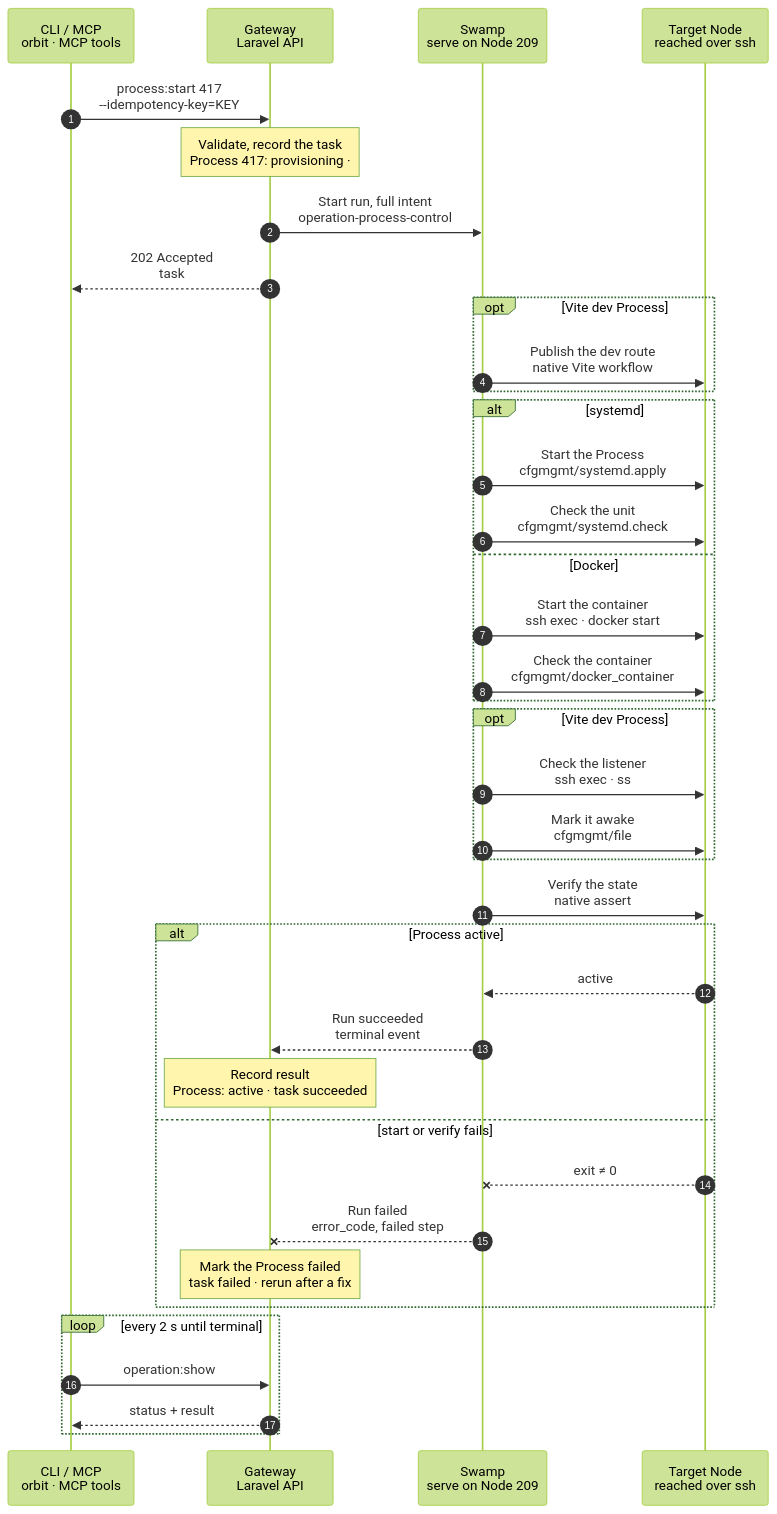
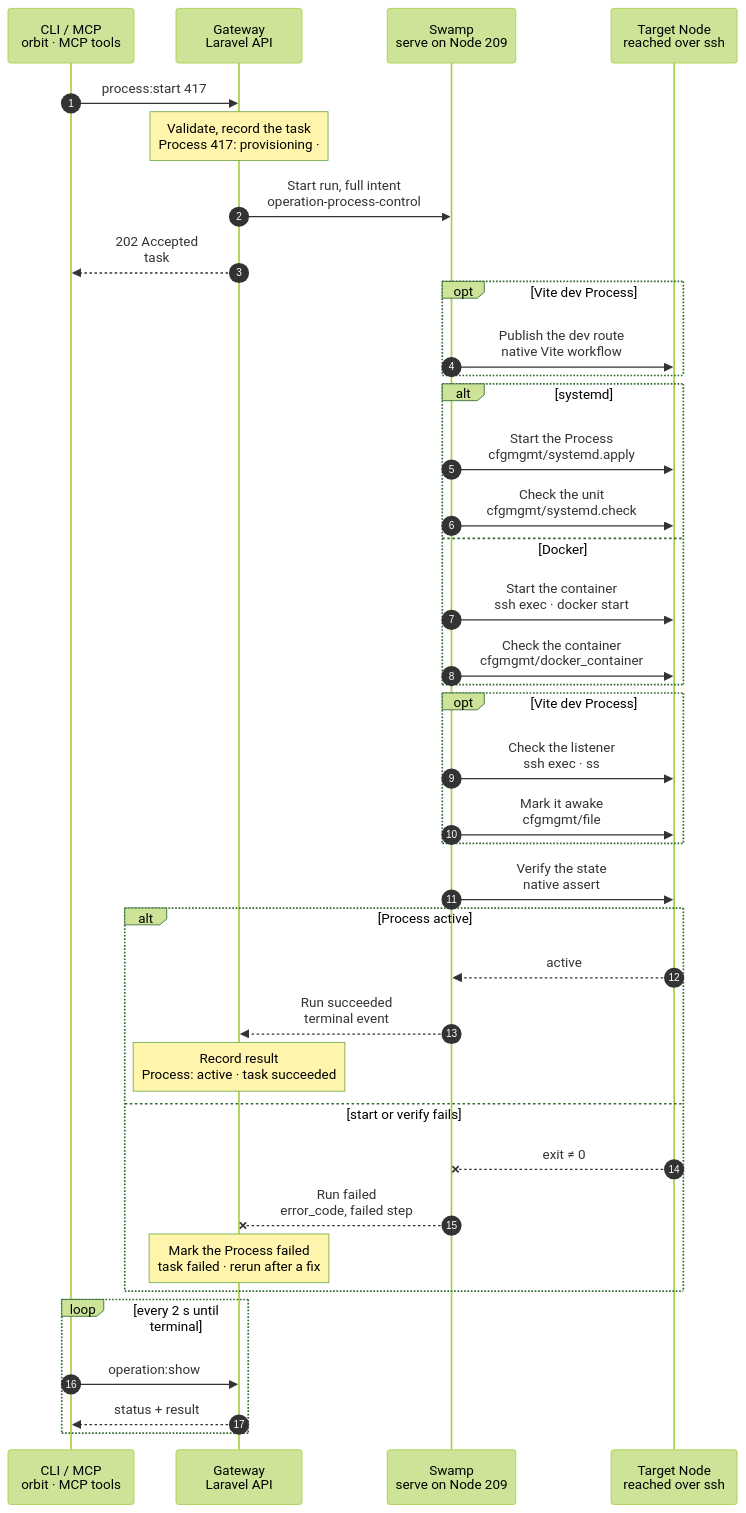
One commit to hardimpactdev/orbit changed the diagram in docs/cli/process/start.mmd. Above: the diagram before and after it, drawn with Mermaid (forest theme). The commit also changed 5 other files, not shown here.

First line of the commit message:
docs(cli): draw process charts with a required-only main path

```diff
--- a/docs/cli/process/start.mmd
+++ b/docs/cli/process/start.mmd
@@ -1,96 +1,99 @@
 sequenceDiagram
   %% Target design: ADR 0244 task, DECISIONS 4 + R1-R4 (process.stop shape: 209, @swamp/ssh, full intent as inputs).
   %% Tightened: flow-tighten 2026-11-02, rules 1-22 (one cfgmgmt systemd apply, its check as the end check, no shipped scripts; rule 21: only this command's branches).
+  %% Rule 23: 2026-11-03 required-only main path.
   %% status: migrated
   %% command: process:start
   %% kind: process.start
   autonumber
   %% lane CLI icon=terminal pill=caller tone=gray
   %% lane GW icon=gateway pill=intent tone=blue
   %% lane SW icon=workflow pill=executes tone=green
   %% lane N icon=server pill=target tone=amber
   participant CLI as CLI / MCP<br/>orbit · MCP tools
   participant GW as Gateway<br/>Laravel API
   participant SW as Swamp<br/>serve on Node 209
   participant N as Target Node<br/>reached over ssh
-  CLI->>GW: process:start 417<br/>--idempotency-key=KEY
+  CLI->>GW: process:start 417
   %%> Command:
   %%> - `orbit process:start 417`
   %%> - syntax: `process:start <process> [--idempotency-key=KEY] [--json]`
   %%> Input:
   %%> - the numeric Process ID from `process:list`
+  %%> Optional:
+  %%> - `--idempotency-key` reuses a task start; `--json` returns JSON; neither adds a step
   %%> Who can call it:
   %%> - the `orbit` CLI and the MCP tool send the same request
   Note over GW: Validate, record the task<br/>Process 417: provisioning · #5130
   %%> Requirements:
   %%> - your Node has an access grant to the Node that runs Process 417
   %%> - Process 417 exists and is not being removed
   %%> - a production Process's release is checked against the recorded releases, not on the Node
   %%> Result:
   %%> - task #5130 recorded with the full intent: unit or container name, runtime, on-demand flag, Vite plan
   %%> - Process 417 marked provisioning; its desired state does not change yet
   %%> - nothing has happened on the Node yet
   GW->>SW: Start run, full intent<br/>operation-process-control
   %%> What it does:
   %%> - starts one Swamp run on serve (Node 209); every step runs there
   %%> Inputs:
   %%> - `kind`: process.start
   %%> - the Process unit or container name, runtime and on-demand flag
   %%> - the Node's address and SSH host keys; the SSH identity comes from the `swamp` role
   %%> Checked by the input schema:
   %%> - no step reads or re-checks the intent
   GW-->>CLI: 202 Accepted<br/>task #5130
   %%> What you get:
   %%> - the task number, at once
   %%> Next:
   %%> - the CLI follows the task with `operation:show`
   opt Vite dev Process
     SW->>N: Publish the dev route<br/>native Vite workflow
   end
   alt systemd
     SW->>N: Start the Process<br/>cfgmgmt/systemd.apply
     SW->>N: Check the unit<br/>cfgmgmt/systemd.check
   else Docker
     SW->>N: Start the container<br/>ssh exec · docker start
     SW->>N: Check the container<br/>cfgmgmt/docker_container
   end
   opt Vite dev Process
     SW->>N: Check the listener<br/>ssh exec · ss
     SW->>N: Mark it awake<br/>cfgmgmt/file
   end
   SW->>N: Verify the state<br/>native assert
   %%> The pinned checks report compliance; native assert fails the run on drift.
   alt Process active
     N-->>SW: active
     %%> Returns:
     %%> - the Process is active
     SW-->>GW: Run succeeded<br/>terminal event
     %%> How the Gateway learns it:
     %%> - its shared run reader sees the terminal event and reads the end check's output; Swamp never calls the Gateway
     Note over GW: Record result<br/>Process: active · task succeeded
     %%> Result:
     %%> - Process 417 desired state becomes running; its status becomes active
     %%> - task #5130 succeeds with the observed state
   else start or verify fails
     N--xSW: exit ≠ 0
     %%> When:
     %%> - SSH fails, the unit is missing, or the state does not match
     %%> How:
     %%> - the failing step ends the run with its own exit code; there is no report step
     SW--xGW: Run failed<br/>error_code, failed step
     %%> The Gateway reads:
     %%> - which step failed and its exit code, mapped to `error_code`
     Note over GW: Mark the Process failed<br/>task failed · rerun after a fix
     %%> Result:
     %%> - Process 417 is marked failed with the error code; its desired state does not change
     %%> - task #5130 fails
     %%> - there is no rollback and nothing to clean up; run the same command again after fixing the cause
   end
   loop every 2 s until terminal
     CLI->>GW: operation:show #5130
     %%> What it does:
     %%> - asks for the task status every 2 seconds until it has ended
     GW-->>CLI: status + result
     %%> Returns:
     %%> - the current status, and the result once the task has ended
   end
```
